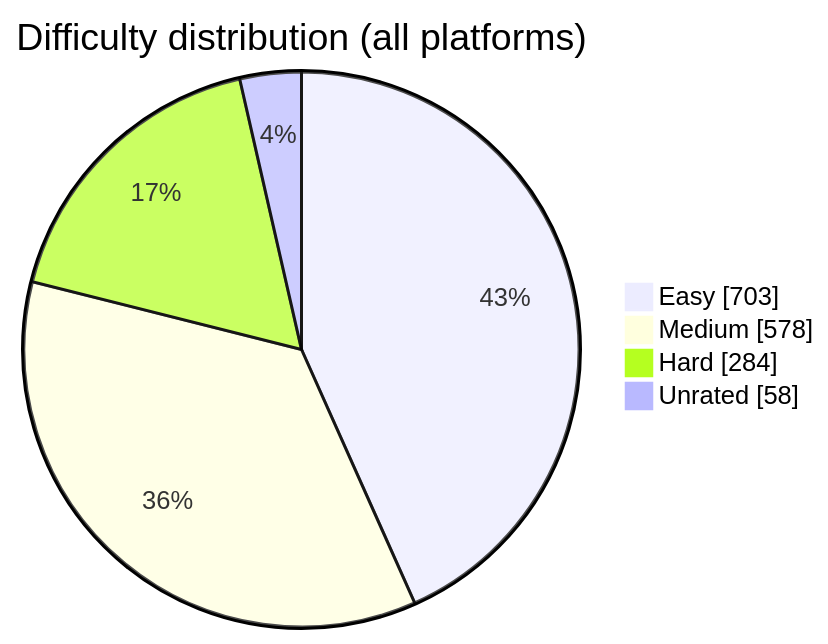
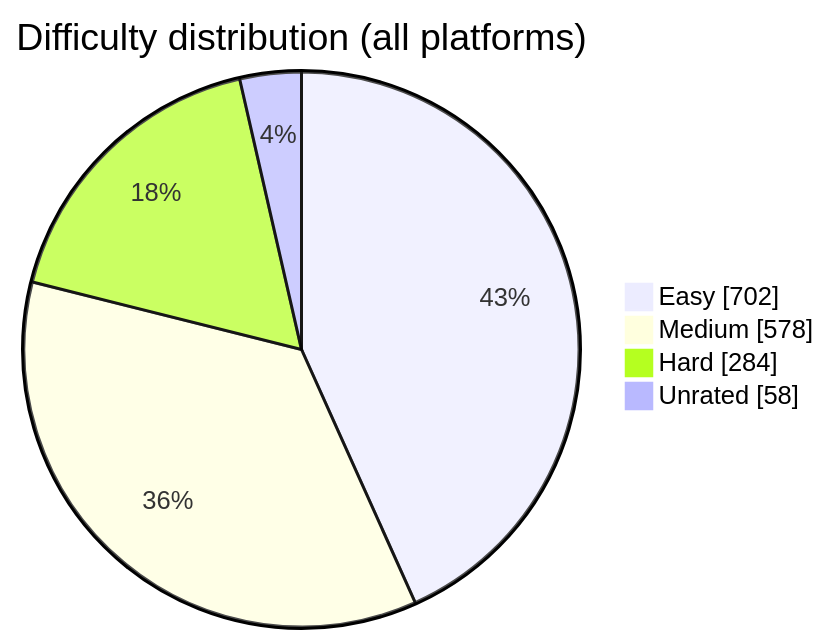
The diagram in README.md (BuildbyArindam/Daily-Coding-Log), drawn with Mermaid before and after one commit. The commit also changed other lines of this file, not shown here.

````diff
--- a/README.md
+++ b/README.md
@@ -93,7 +93,7 @@
 ```mermaid
 pie showData title Difficulty distribution (all platforms)
-    "Easy" : 703
+    "Easy" : 702
     "Medium" : 578
     "Hard" : 284
     "Unrated" : 58
 ```
````
